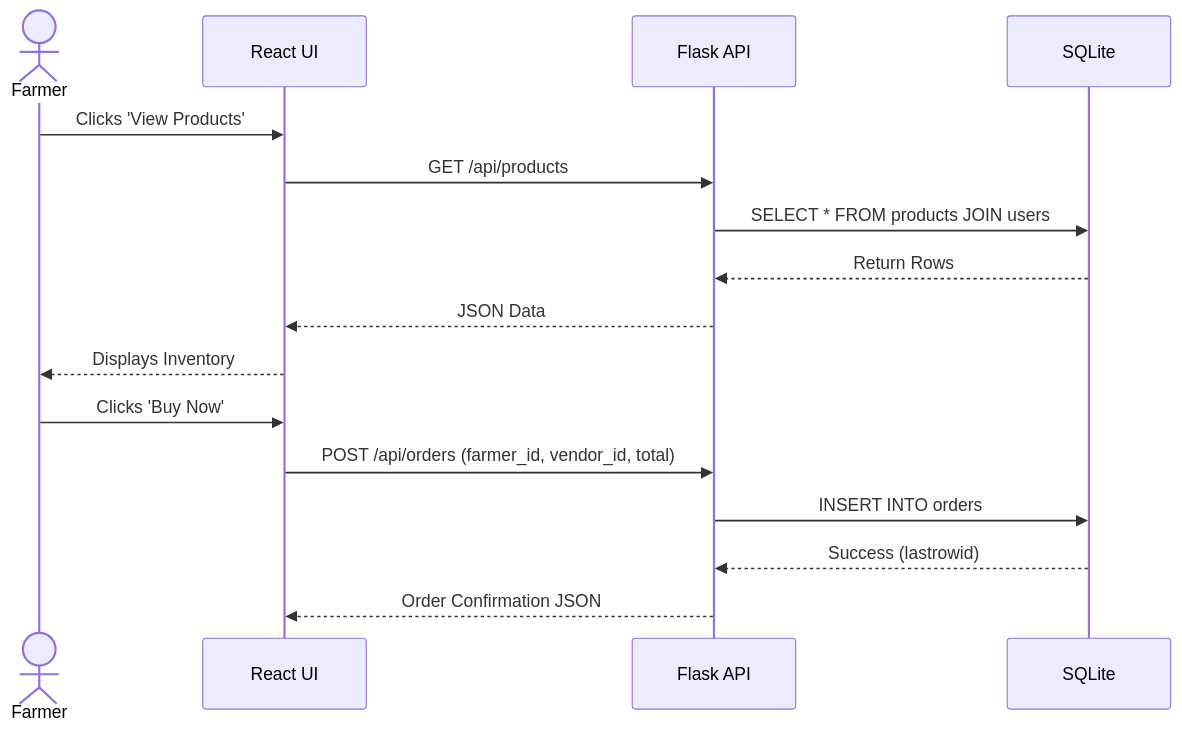
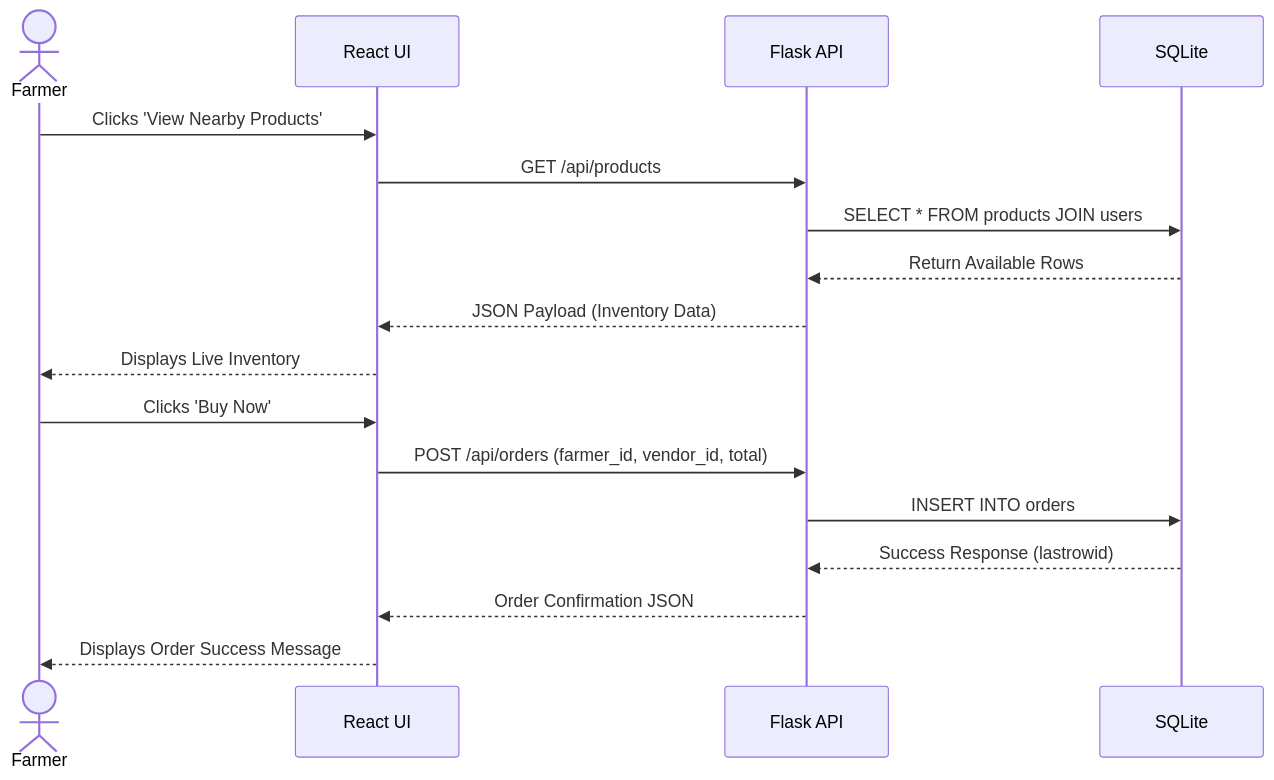
Before and after one commit to hmpmanish/jaymani-krishi-sewa: the fourth of 5 diagrams in docs/Project_Design_Report_PO_Mapping.md, drawn with Mermaid. The commit also changed other lines of this file, not shown here.

````diff
--- a/docs/Project_Design_Report_PO_Mapping.md
+++ b/docs/Project_Design_Report_PO_Mapping.md
@@ -88,20 +115,23 @@
 ```mermaid
 sequenceDiagram
     actor Farmer
     participant React UI
     participant Flask API
     participant SQLite
     
-    Farmer->>React UI: Clicks 'View Products'
+    %% Discovery Flow
+    Farmer->>React UI: Clicks 'View Nearby Products'
     React UI->>Flask API: GET /api/products
     Flask API->>SQLite: SELECT * FROM products JOIN users
-    SQLite-->>Flask API: Return Rows
-    Flask API-->>React UI: JSON Data
-    React UI-->>Farmer: Displays Inventory
+    SQLite-->>Flask API: Return Available Rows
+    Flask API-->>React UI: JSON Payload (Inventory Data)
+    React UI-->>Farmer: Displays Live Inventory
     
+    %% Order Flow
     Farmer->>React UI: Clicks 'Buy Now'
     React UI->>Flask API: POST /api/orders (farmer_id, vendor_id, total)
     Flask API->>SQLite: INSERT INTO orders
-    SQLite-->>Flask API: Success (lastrowid)
+    SQLite-->>Flask API: Success Response (lastrowid)
     Flask API-->>React UI: Order Confirmation JSON
+    React UI-->>Farmer: Displays Order Success Message
 ```
````
